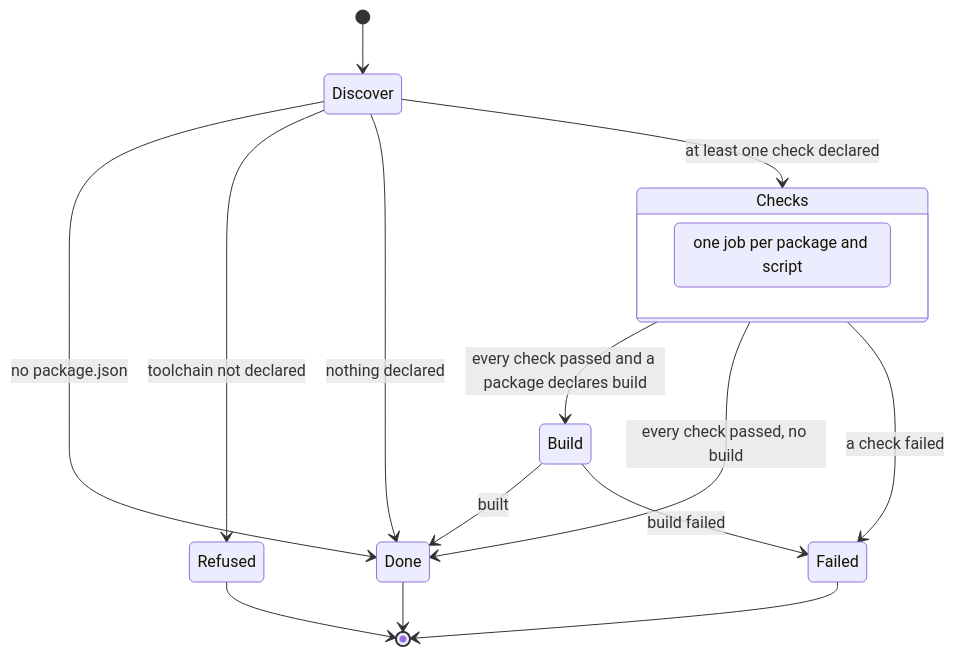
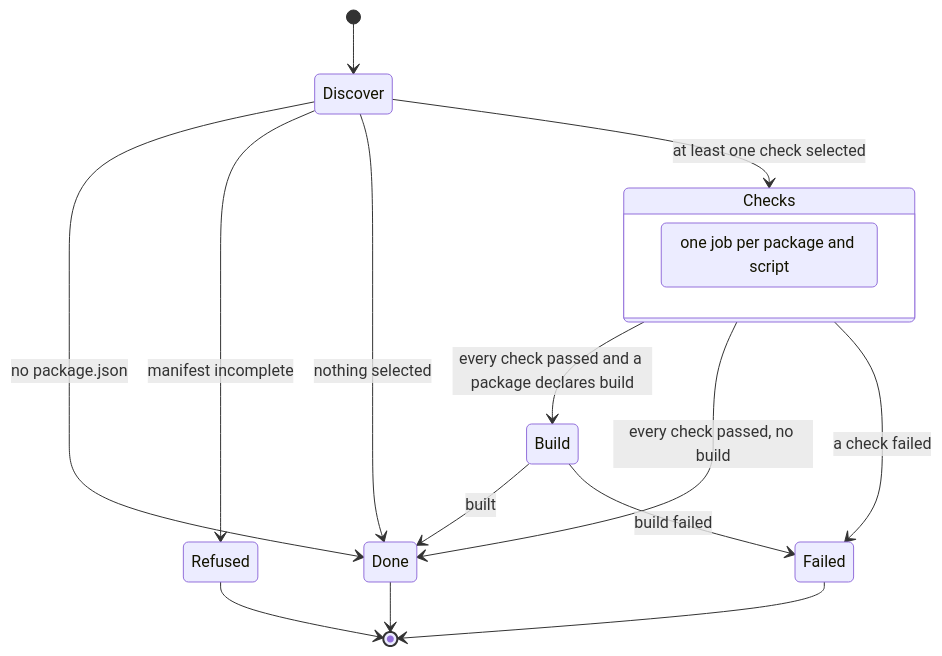
The diagram in README.md (NextNodeSolutions/infrastructure), drawn with Mermaid before and after one commit. The commit also changed other lines of this file and 40 other files, not shown here.

````diff
--- a/README.md
+++ b/README.md
@@ -9,20 +9,20 @@
 ```mermaid
 stateDiagram-v2
     [*] --> Discover
     Discover --> Done: no package.json
-    Discover --> Refused: toolchain not declared
-    Discover --> Checks: at least one check declared
-    Discover --> Done: nothing declared
+    Discover --> Refused: manifest incomplete
+    Discover --> Checks: at least one check selected
+    Discover --> Done: nothing selected
     state Checks {
         direction LR
         Check: one job per package and script
     }
     Checks --> Build: every check passed and a package declares build
     Checks --> Done: every check passed, no build
     Checks --> Failed: a check failed
     Build --> Done: built
     Build --> Failed: build failed
     Refused --> [*]
     Failed --> [*]
     Done --> [*]
 ```
````
